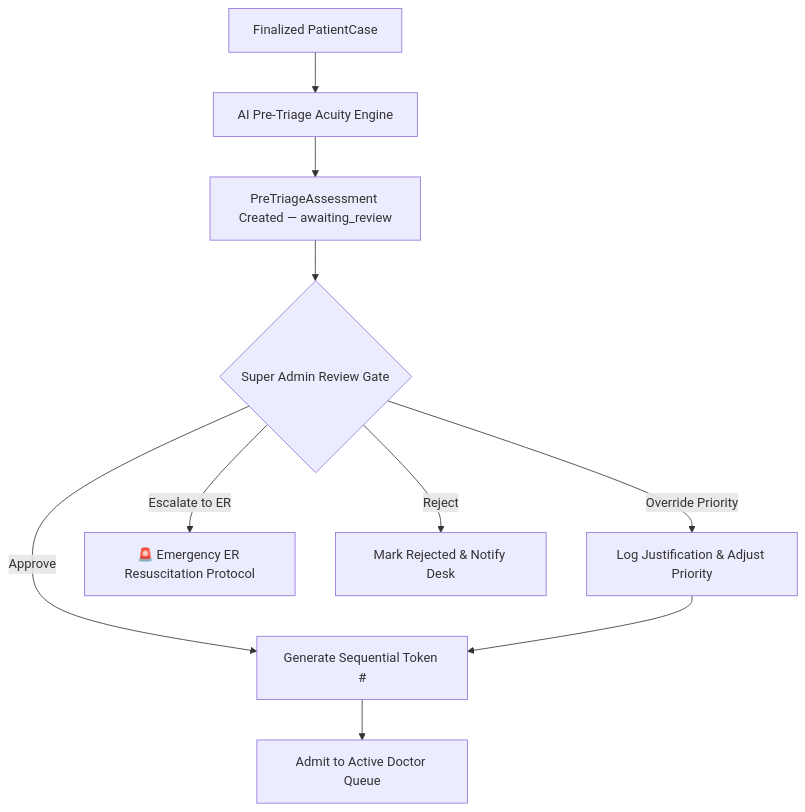
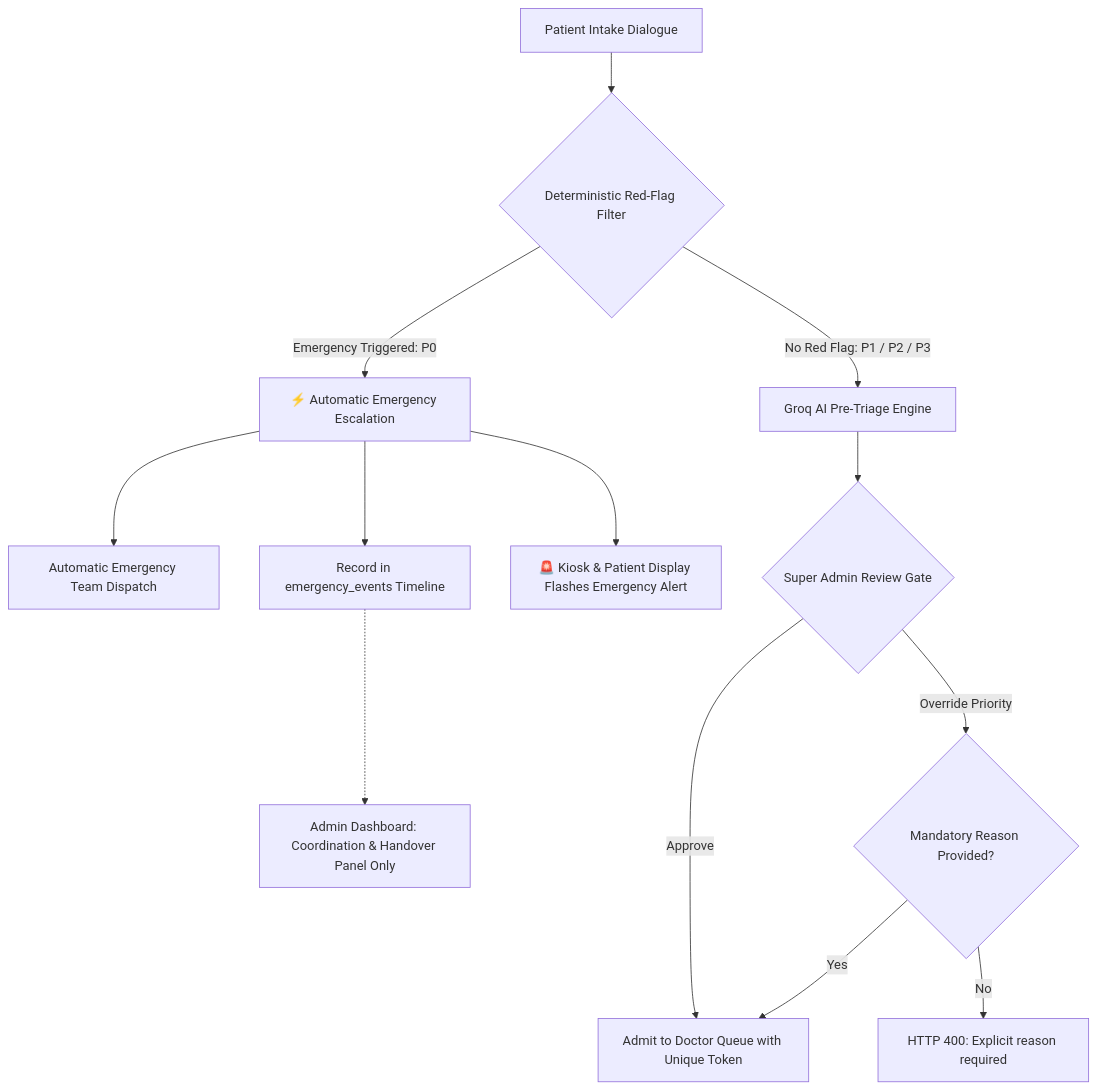
One commit to DakshChaudhary2668/MediKiosk changed the first of 2 diagrams in docs/queue-engine.md. Above: the diagram before and after it, drawn with Mermaid. The commit also changed other lines of this file and 33 other files, not shown here.

Commit message:
feat: backend contracts alignment, P0 auto-escalation, RBAC, kiosk auth, and technical documentation suite

````diff
--- a/docs/queue-engine.md
+++ b/docs/queue-engine.md
@@ -24,14 +22,17 @@
 ```mermaid
 flowchart TD
-    Case[Finalized PatientCase] --> AI_PreTriage[AI Pre-Triage Acuity Engine]
-    AI_PreTriage --> Assessment[PreTriageAssessment Created — awaiting_review]
-    Assessment --> AdminGate{Super Admin Review Gate}
+    Intake[Patient Intake Dialogue] --> RedFlag{Deterministic Red-Flag Filter}
     
-    AdminGate -->|Approve| TokenGen[Generate Sequential Token #]
-    AdminGate -->|Override Priority| OverrideLog[Log Justification & Adjust Priority]
-    OverrideLog --> TokenGen
-    TokenGen --> Enqueue[Admit to Active Doctor Queue]
-    
-    AdminGate -->|Escalate to ER| ERPath[🚨 Emergency ER Resuscitation Protocol]
-    AdminGate -->|Reject| Rejection[Mark Rejected & Notify Desk]
+    RedFlag -->|Emergency Triggered: P0| AutoEscalate[⚡ Automatic Emergency Escalation]
+    AutoEscalate --> Dispatch[Automatic Emergency Team Dispatch]
+    AutoEscalate --> Timeline[Record in emergency_events Timeline]
+    AutoEscalate --> KioskAlert[🚨 Kiosk & Patient Display Flashes Emergency Alert]
+    Timeline -.-> AdminCoord[Admin Dashboard: Coordination & Handover Panel Only]
+
+    RedFlag -->|No Red Flag: P1 / P2 / P3| PreTriage[Groq AI Pre-Triage Engine]
+    PreTriage --> ReviewGate{Super Admin Review Gate}
+    ReviewGate -->|Approve| Enqueue[Admit to Doctor Queue with Unique Token]
+    ReviewGate -->|Override Priority| OverrideValidate{Mandatory Reason Provided?}
+    OverrideValidate -->|Yes| Enqueue
+    OverrideValidate -->|No| RejectOverride[HTTP 400: Explicit reason required]
 ```
````
